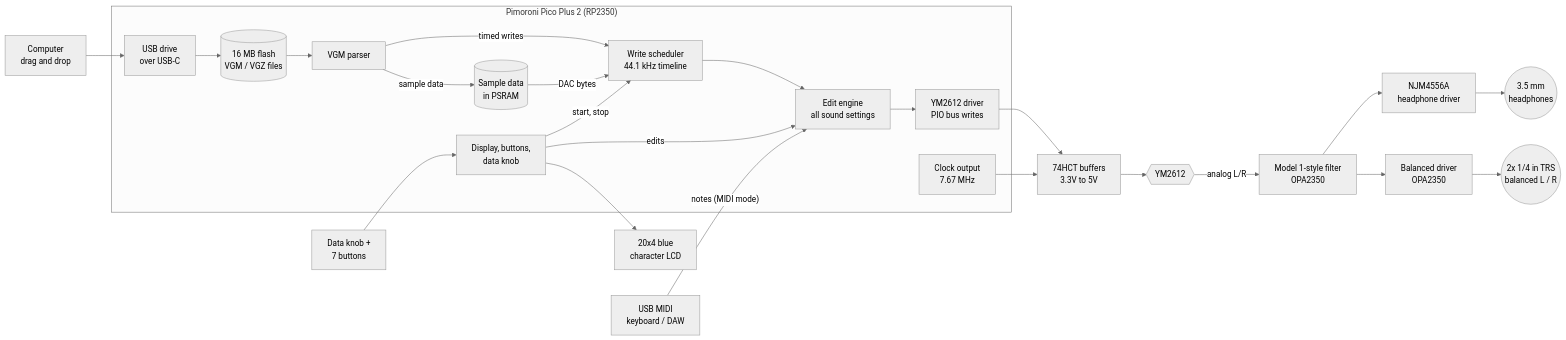
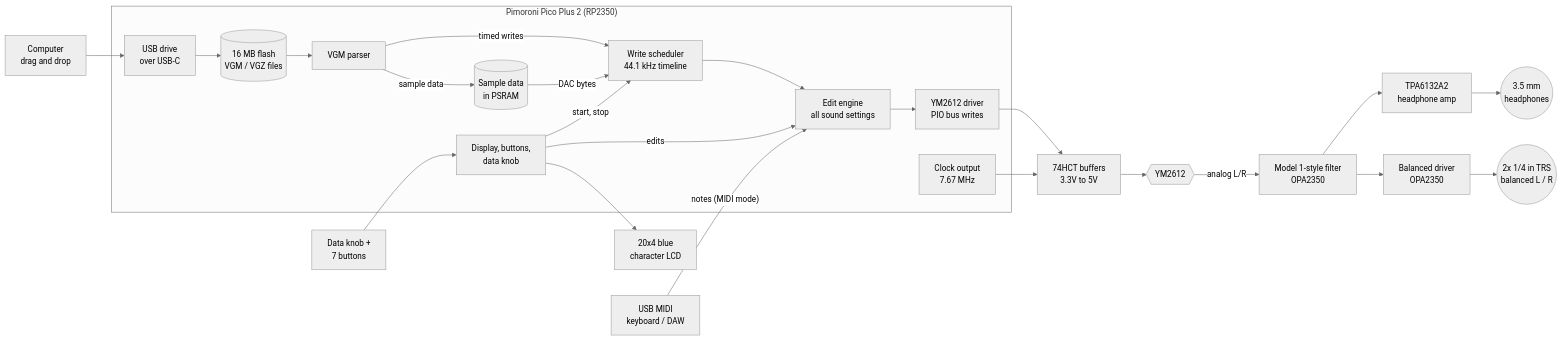
The diagram in docs/DESIGN.md (ctrlvlts-000/Vintage-Sound-Chip-Player), drawn with Mermaid (neutral theme) before and after one commit. The commit also changed other lines of this file and 20 other files, not shown here.

````diff
--- a/docs/DESIGN.md
+++ b/docs/DESIGN.md
@@ -239,42 +239,42 @@
 ```mermaid
 flowchart LR
     PC[Computer<br/>drag and drop]
 
     subgraph PICO["Pimoroni Pico Plus 2 (RP2350)"]
         USB[USB drive<br/>over USB-C]
         FLASH[(16 MB flash<br/>VGM / VGZ files)]
         PARSE[VGM parser]
         PCM[(Sample data<br/>in PSRAM)]
         SCHED[Write scheduler<br/>44.1 kHz timeline]
         DRV[YM2612 driver<br/>PIO bus writes]
         CLKGEN[Clock output<br/>7.67 MHz]
         UI[Display, buttons,<br/>data knob]
         SYN[Edit engine<br/>all sound settings]
     end
 
     BUF[74HCT buffers<br/>3.3V to 5V]
     YM{{YM2612}}
     FILT[Model 1-style filter<br/>OPA2350]
-    AMP[NJM4556A<br/>headphone driver]
+    AMP[TPA6132A2<br/>headphone amp]
     JACK((3.5 mm<br/>headphones))
     BAL[Balanced driver<br/>OPA2350]
     TRS((2x 1/4 in TRS<br/>balanced L / R))
     LCD[20x4 blue<br/>character LCD]
     BTN[Data knob +<br/>7 buttons]
     MIDI[USB MIDI<br/>keyboard / DAW]
 
     PC --> USB --> FLASH --> PARSE
     PARSE -- "sample data" --> PCM
     PARSE -- "timed writes" --> SCHED
     PCM -- "DAC bytes" --> SCHED
     SCHED --> SYN --> DRV --> BUF --> YM
     UI -- "edits" --> SYN
     CLKGEN --> BUF
     YM -- "analog L/R" --> FILT
     FILT --> AMP --> JACK
     FILT --> BAL --> TRS
     BTN --> UI
     UI --> LCD
     UI -- "start, stop" --> SCHED
     MIDI -- "notes (MIDI mode)" --> SYN
 ```
````
